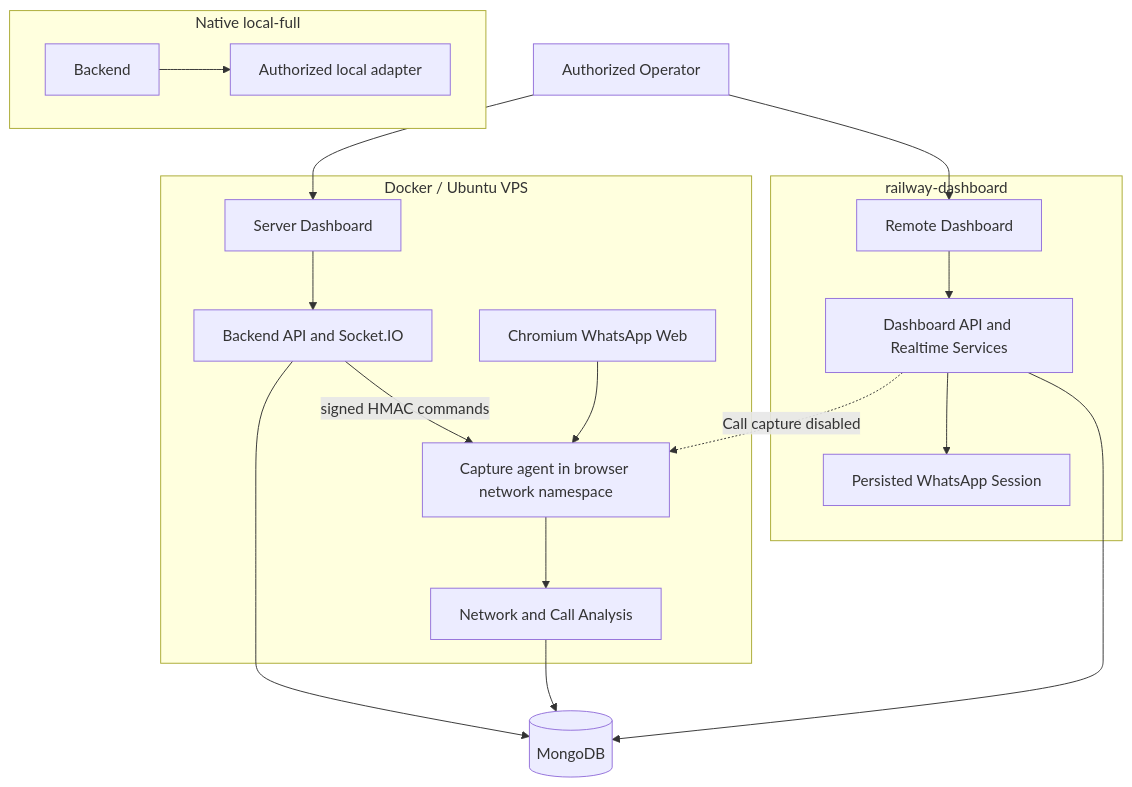
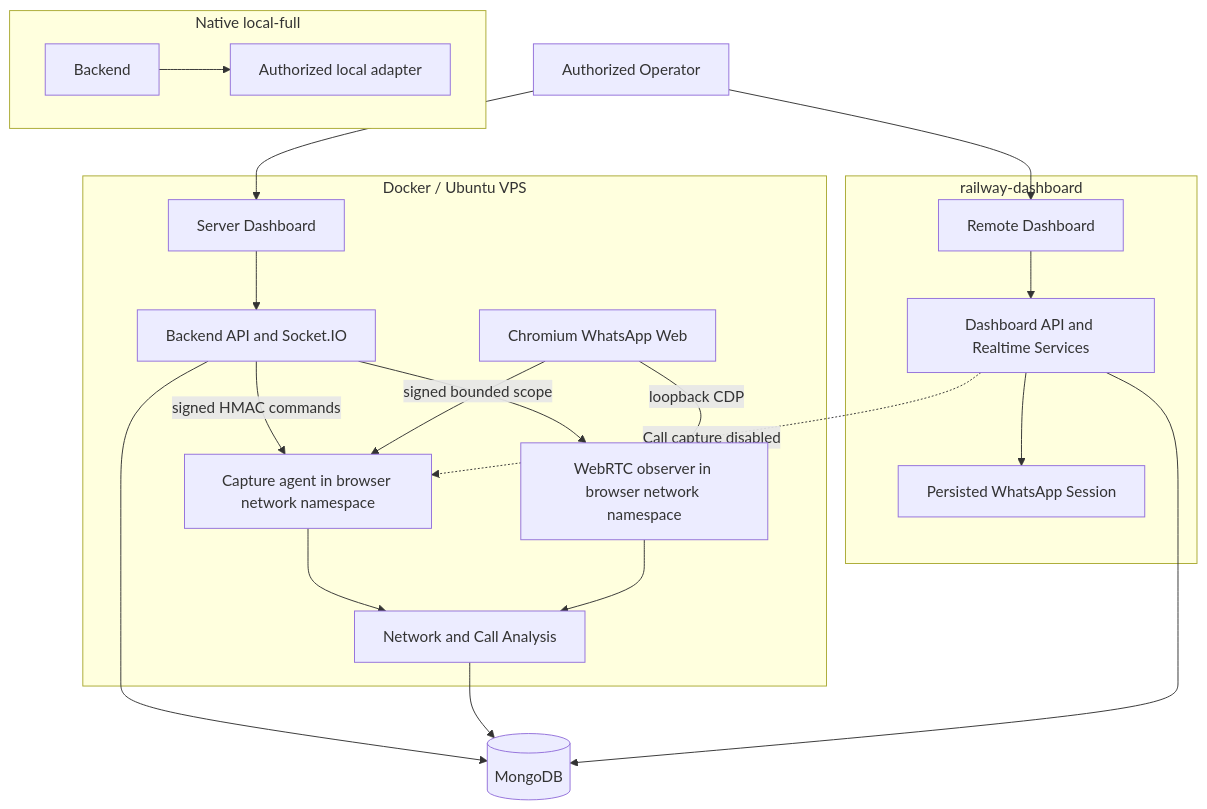
The second of 4 diagrams in README.md (deco31416/wp-monitor), drawn with Mermaid before and after one commit. The commit also changed other lines of this file and 18 other files, not shown here.

Commit message:
feat: harden WebRTC and TURN call evidence lifecycle

````diff
--- a/README.md
+++ b/README.md
@@ -136,42 +140,46 @@
 ```mermaid
 flowchart TB
     Operator[Authorized Operator]
 
     subgraph DockerVPS[Docker / Ubuntu VPS]
         LocalUI[Server Dashboard]
         LocalAPI[Backend API and Socket.IO]
         Browser[Chromium WhatsApp Web]
         Capture[Capture agent in browser network namespace]
+        Observer[WebRTC observer in browser network namespace]
         Analysis[Network and Call Analysis]
 
         LocalUI --> LocalAPI
         LocalAPI -->|signed HMAC commands| Capture
+        LocalAPI -->|signed bounded scope| Observer
         Browser --> Capture
+        Browser -->|loopback CDP| Observer
         Capture --> Analysis
+        Observer --> Analysis
     end
 
     subgraph NativeLocal[Native local-full]
         NativeAPI[Backend]
         Adapter[Authorized local adapter]
         NativeAPI --> Adapter
     end
 
     subgraph RailwayMode[railway-dashboard]
         RemoteUI[Remote Dashboard]
         RemoteAPI[Dashboard API and Realtime Services]
         Session[Persisted WhatsApp Session]
 
         RemoteUI --> RemoteAPI
         RemoteAPI --> Session
     end
 
     Mongo[(MongoDB)]
 
     Operator --> LocalUI
     Operator --> RemoteUI
     LocalAPI --> Mongo
     Analysis --> Mongo
     RemoteAPI --> Mongo
 
     RemoteAPI -. Call capture disabled .-> Capture
 ```
````
